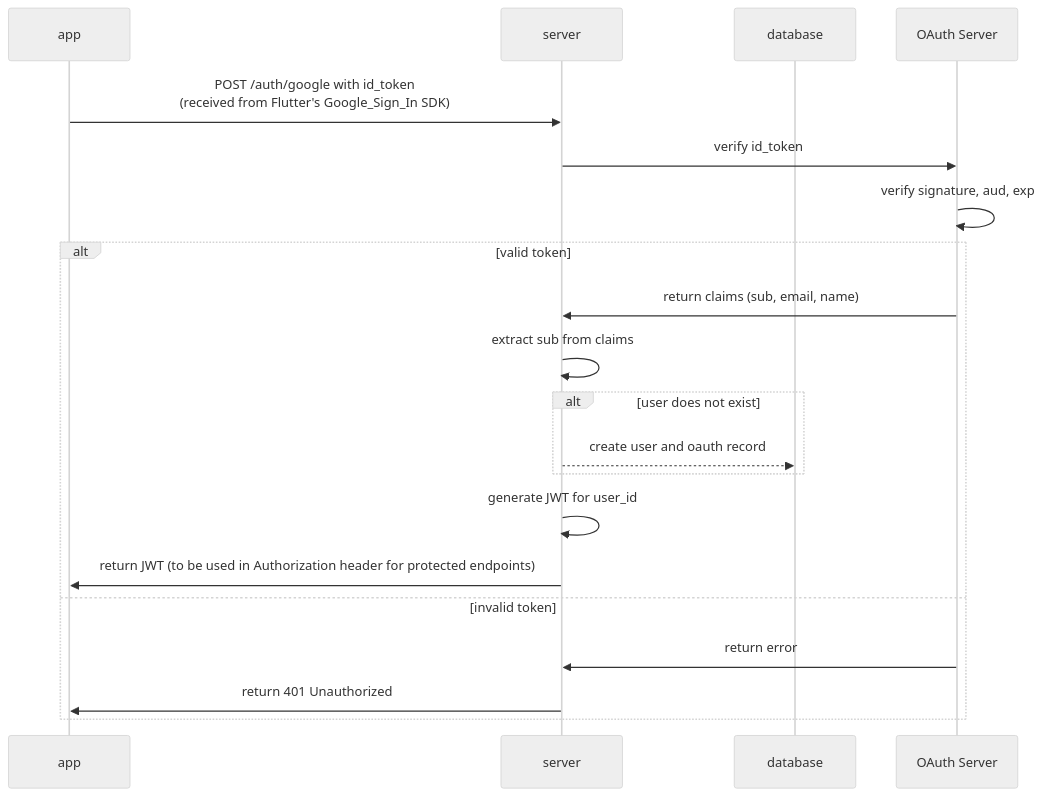
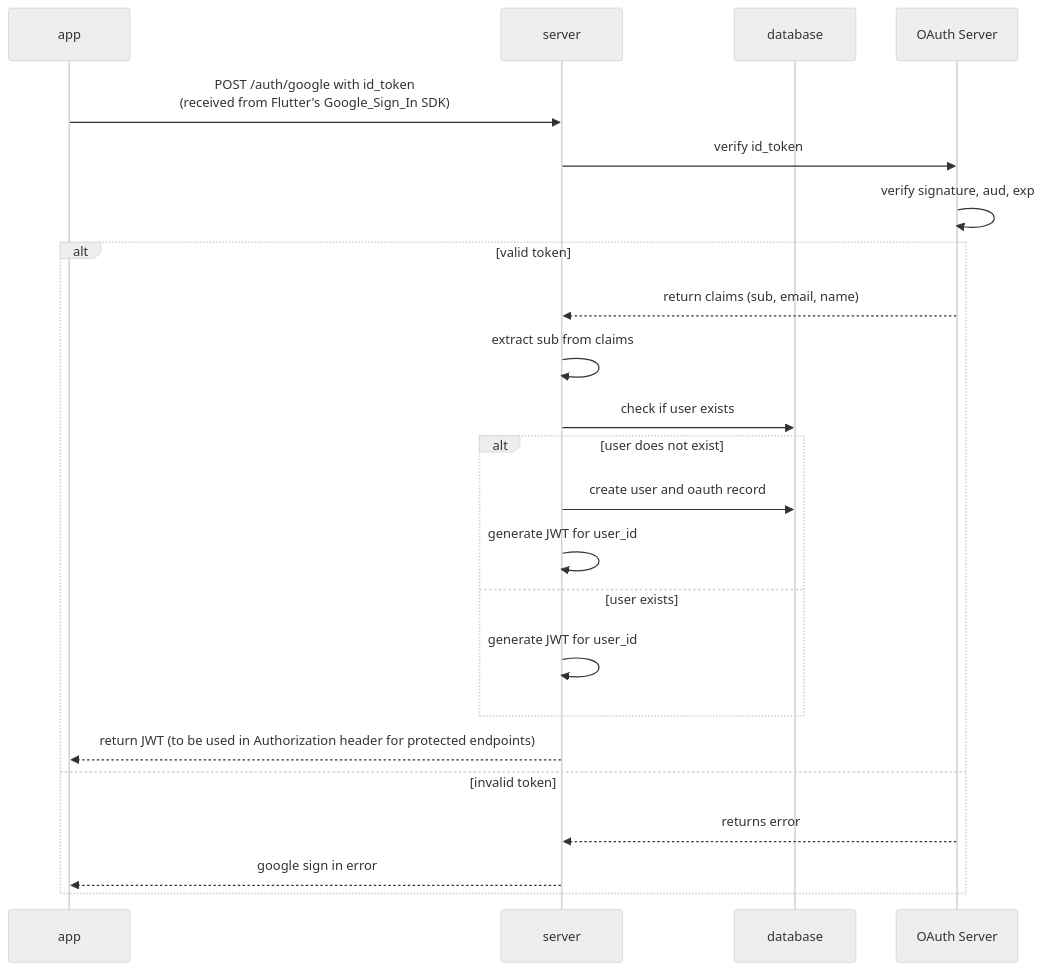
One commit to MapMinder/mapminder_documents changed the diagram in google_auth_backend_flow.md. Above: the diagram before and after it, drawn with Mermaid (neutral theme).

Commit message:
fix: fixed sequence diagram

````diff
--- a/google_auth_backend_flow.md
+++ b/google_auth_backend_flow.md
@@ -12,23 +12,26 @@
 ```mermaid
 sequenceDiagram
 participant mf as app
 participant mb as server
 participant db as database
 participant auth as OAuth Server
 
 mf->>mb: POST /auth/google with id_token<br>(received from Flutter's Google_Sign_In SDK)
 mb->>auth: verify id_token
 auth->>auth: verify signature, aud, exp
 alt valid token
-    auth->>mb: return claims (sub, email, name)
+    auth-->>mb: return claims (sub, email, name)
     mb->>mb: extract sub from claims
+    mb->>db: check if user exists
     alt user does not exist
-        mb-->>db: create user and oauth record
+        mb->>db: create user and oauth record
+        mb->>mb: generate JWT for user_id
+    else user exists
+        mb->>mb: generate JWT for user_id
     end
-    mb->>mb: generate JWT for user_id
-    mb->>mf: return JWT (to be used in Authorization header for protected endpoints)
+    mb-->>mf: return JWT (to be used in Authorization header for protected endpoints)
 else invalid token
-    auth->>mb: return error
-    mb->>mf: return 401 Unauthorized
+    auth-->>mb: returns error
+    mb-->>mf: google sign in error
 end
 ```
````
